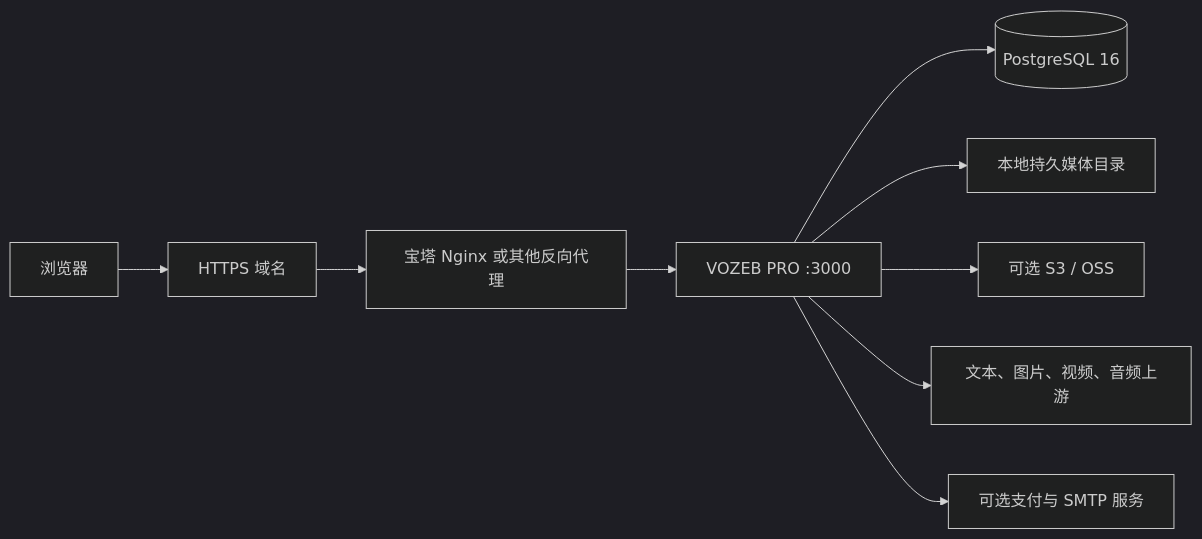
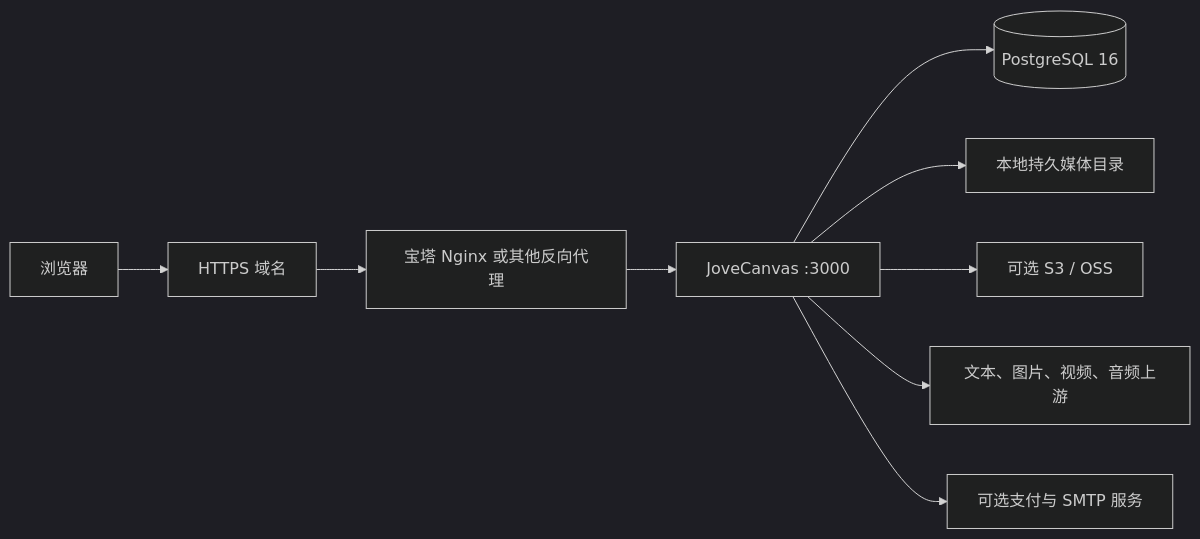
One commit to jiujiu532/JoveCanvas changed the fifth of 6 diagrams in docs/content/docs/overview/project-structure.mdx. Above: the diagram before and after it, drawn with Mermaid (dark theme). The commit also changed other lines of this file and 60 other files, not shown here.

First line of the commit message:
fix: 品牌残留扫尾 — 文档/脚本/测试/镜像默认对齐 JoveCanvas

````diff
--- a/docs/content/docs/overview/project-structure.mdx
+++ b/docs/content/docs/overview/project-structure.mdx
@@ -191,11 +191,11 @@
 ```mermaid
 flowchart LR
     USER["浏览器"] --> HTTPS["HTTPS 域名"]
     HTTPS --> NGINX["宝塔 Nginx 或其他反向代理"]
-    NGINX --> APP["VOZEB PRO :3000"]
+    NGINX --> APP["JoveCanvas :3000"]
     APP --> PG[("PostgreSQL 16")]
     APP --> LOCAL["本地持久媒体目录"]
     APP --> OSS["可选 S3 / OSS"]
     APP --> AI["文本、图片、视频、音频上游"]
     APP --> PAY["可选支付与 SMTP 服务"]
 ```
````
